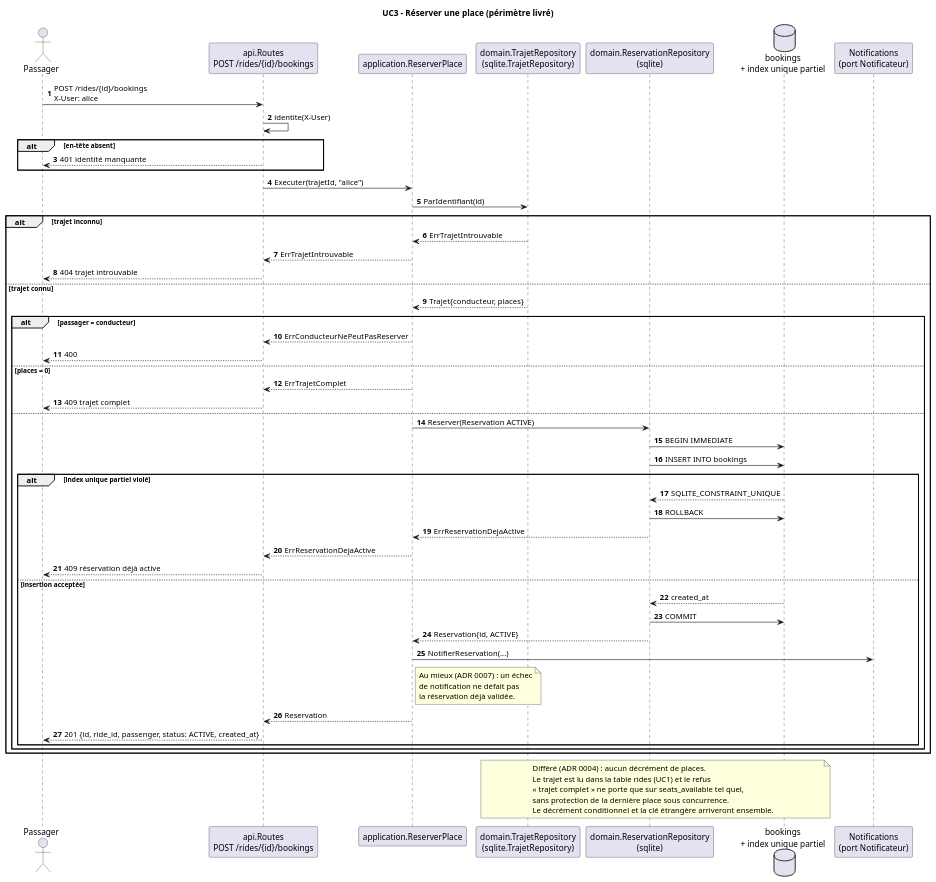
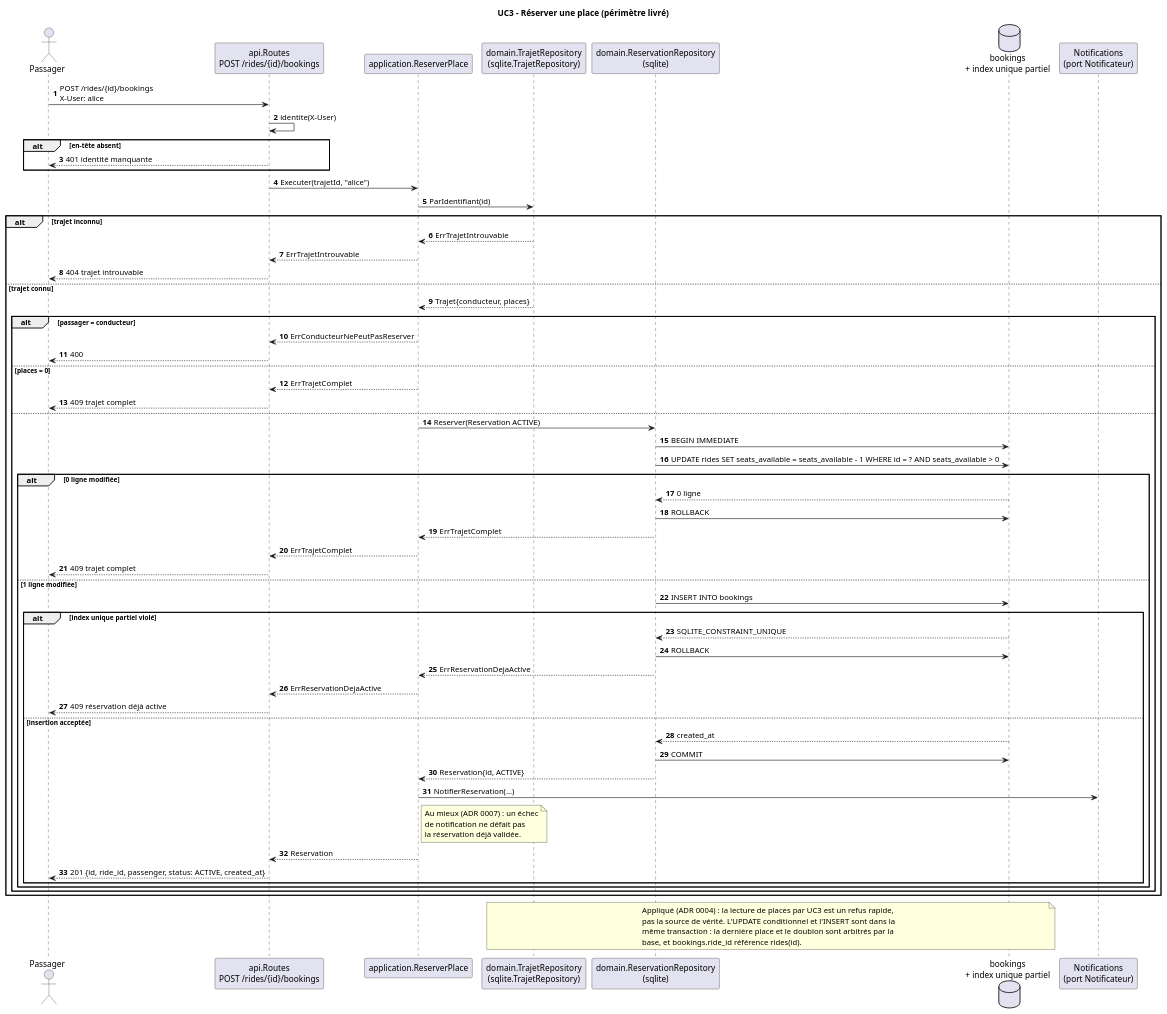
One commit to alaa-ilehi/Wasalni changed the diagram in docs/uml/uc3-sequence.puml. Above: the diagram before and after it, drawn with PlantUML. The commit also changed 5 other files, not shown here.

```diff
--- a/docs/uml/uc3-sequence.puml
+++ b/docs/uml/uc3-sequence.puml
@@ -1,67 +1,75 @@
 @startuml uc3-sequence
 title UC3 - Réserver une place (périmètre livré)
 autonumber
 
 actor "Passager" as Passager
 participant "api.Routes\nPOST /rides/{id}/bookings" as API
 participant "application.ReserverPlace" as UC
 participant "domain.TrajetRepository\n(sqlite.TrajetRepository)" as Trajets
 participant "domain.ReservationRepository\n(sqlite)" as Reservations
 database "bookings\n+ index unique partiel" as DB
 participant "Notifications\n(port Notificateur)" as Notif
 
 Passager -> API : POST /rides/{id}/bookings\nX-User: alice
 API -> API : identite(X-User)
 alt en-tête absent
   API --> Passager : 401 identité manquante
 end
 
 API -> UC : Executer(trajetId, "alice")
 UC -> Trajets : ParIdentifiant(id)
 alt trajet inconnu
   Trajets --> UC : ErrTrajetIntrouvable
   UC --> API : ErrTrajetIntrouvable
   API --> Passager : 404 trajet introuvable
 else trajet connu
   Trajets --> UC : Trajet{conducteur, places}
   alt passager = conducteur
     UC --> API : ErrConducteurNePeutPasReserver
     API --> Passager : 400
   else places = 0
     UC --> API : ErrTrajetComplet
     API --> Passager : 409 trajet complet
   else
     UC -> Reservations : Reserver(Reservation ACTIVE)
     Reservations -> DB : BEGIN IMMEDIATE
-    Reservations -> DB : INSERT INTO bookings
-    alt index unique partiel violé
-      DB --> Reservations : SQLITE_CONSTRAINT_UNIQUE
+    Reservations -> DB : UPDATE rides SET seats_available = seats_available - 1 WHERE id = ? AND seats_available > 0
+    alt 0 ligne modifiée
+      DB --> Reservations : 0 ligne
       Reservations -> DB : ROLLBACK
-      Reservations --> UC : ErrReservationDejaActive
-      UC --> API : ErrReservationDejaActive
-      API --> Passager : 409 réservation déjà active
-    else insertion acceptée
-      DB --> Reservations : created_at
-      Reservations -> DB : COMMIT
-      Reservations --> UC : Reservation{id, ACTIVE}
-      UC -> Notif : NotifierReservation(...)
-      note right of UC
-        Au mieux (ADR 0007) : un échec
-        de notification ne défait pas
-        la réservation déjà validée.
-      end note
-      UC --> API : Reservation
-      API --> Passager : 201 {id, ride_id, passenger, status: ACTIVE, created_at}
+      Reservations --> UC : ErrTrajetComplet
+      UC --> API : ErrTrajetComplet
+      API --> Passager : 409 trajet complet
+    else 1 ligne modifiée
+      Reservations -> DB : INSERT INTO bookings
+      alt index unique partiel violé
+        DB --> Reservations : SQLITE_CONSTRAINT_UNIQUE
+        Reservations -> DB : ROLLBACK
+        Reservations --> UC : ErrReservationDejaActive
+        UC --> API : ErrReservationDejaActive
+        API --> Passager : 409 réservation déjà active
+      else insertion acceptée
+        DB --> Reservations : created_at
+        Reservations -> DB : COMMIT
+        Reservations --> UC : Reservation{id, ACTIVE}
+        UC -> Notif : NotifierReservation(...)
+        note right of UC
+          Au mieux (ADR 0007) : un échec
+          de notification ne défait pas
+          la réservation déjà validée.
+        end note
+        UC --> API : Reservation
+        API --> Passager : 201 {id, ride_id, passenger, status: ACTIVE, created_at}
+      end
     end
   end
 end
 
 note over Trajets, DB
-  Différé (ADR 0004) : aucun décrément de places.
-  Le trajet est lu dans la table rides (UC1) et le refus
-  « trajet complet » ne porte que sur seats_available tel quel,
-  sans protection de la dernière place sous concurrence.
-  Le décrément conditionnel et la clé étrangère arriveront ensemble.
+  Appliqué (ADR 0004) : la lecture de places par UC3 est un refus rapide,
+  pas la source de vérité. L'UPDATE conditionnel et l'INSERT sont dans la
+  même transaction : la dernière place et le doublon sont arbitrés par la
+  base, et bookings.ride_id référence rides(id).
 end note
 
 @enduml
```
